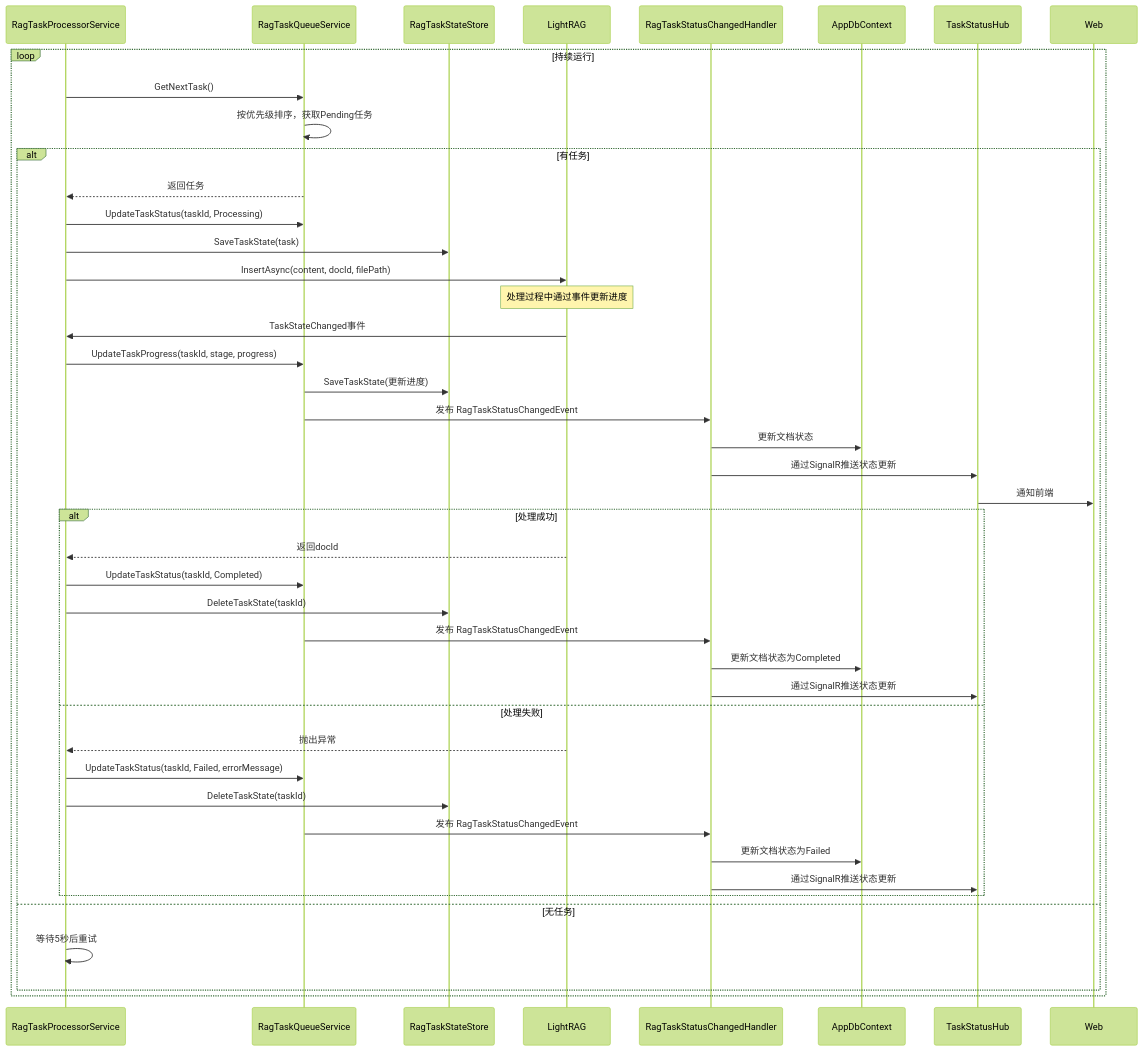
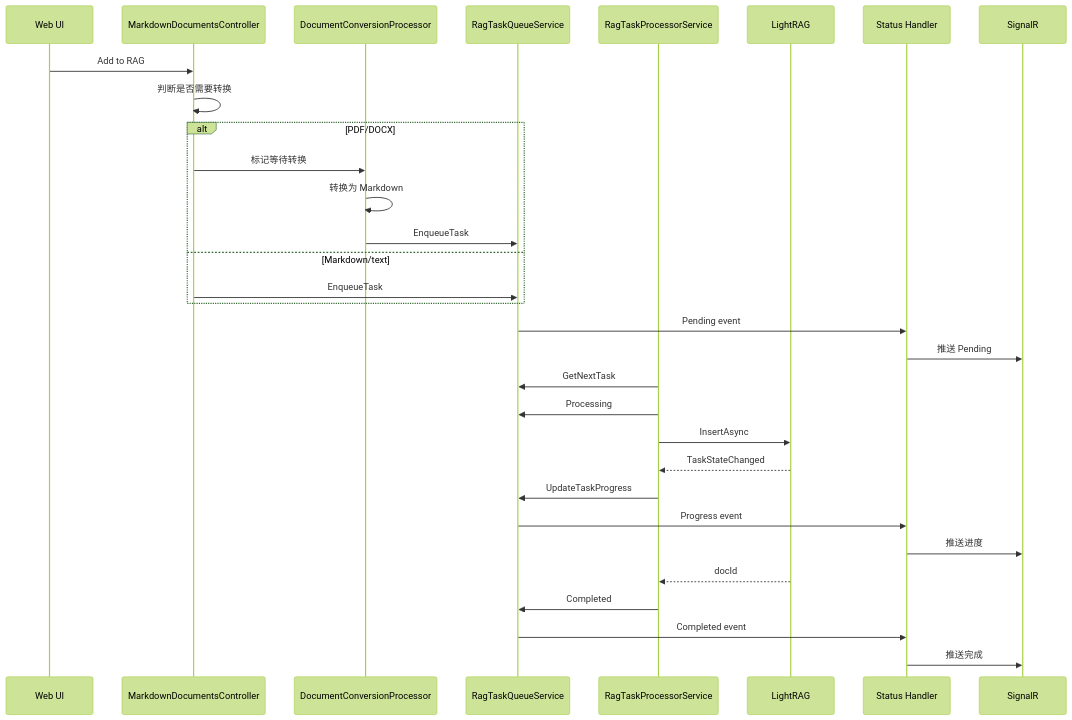
The second of 2 diagrams in RAG-Task-Queue-Processing-Solution.CN.md (doomclouds/LightRAGNet), drawn with Mermaid (forest theme) before and after one commit. The commit also changed other lines of this file and 12 other files, not shown here.

````diff
--- a/RAG-Task-Queue-Processing-Solution.CN.md
+++ b/RAG-Task-Queue-Processing-Solution.CN.md
@@ -321,51 +148,34 @@
 ```mermaid
 sequenceDiagram
+    participant UI as Web UI
+    participant API as MarkdownDocumentsController
+    participant Conv as DocumentConversionProcessor
+    participant Queue as RagTaskQueueService
     participant Processor as RagTaskProcessorService
-    participant Queue as RagTaskQueueService
-    participant Store as RagTaskStateStore
-    participant RAG as LightRAG
-    participant Handler as RagTaskStatusChangedHandler
-    participant DB as AppDbContext
-    participant Hub as TaskStatusHub
-    
-    loop 持续运行
-        Processor->>Queue: GetNextTask()
-        Queue->>Queue: 按优先级排序，获取Pending任务
-        
-        alt 有任务
-            Queue-->>Processor: 返回任务
-            
-            Processor->>Queue: UpdateTaskStatus(taskId, Processing)
-            Processor->>Store: SaveTaskState(task)
-            
-            Processor->>RAG: InsertAsync(content, docId, filePath)
-            
-            Note over RAG: 处理过程中通过事件更新进度
-            RAG->>Processor: TaskStateChanged事件
-            Processor->>Queue: UpdateTaskProgress(taskId, stage, progress)
-            Queue->>Store: SaveTaskState(更新进度)
-            Queue->>Handler: 发布 RagTaskStatusChangedEvent
-            Handler->>DB: 更新文档状态
-            Handler->>Hub: 通过SignalR推送状态更新
-            Hub->>Web: 通知前端
-            
-            alt 处理成功
-                RAG-->>Processor: 返回docId
-                Processor->>Queue: UpdateTaskStatus(taskId, Completed)
-                Processor->>Store: DeleteTaskState(taskId)
-                Queue->>Handler: 发布 RagTaskStatusChangedEvent
-                Handler->>DB: 更新文档状态为Completed
-                Handler->>Hub: 通过SignalR推送状态更新
-            else 处理失败
-                RAG-->>Processor: 抛出异常
-                Processor->>Queue: UpdateTaskStatus(taskId, Failed, errorMessage)
-                Processor->>Store: DeleteTaskState(taskId)
-                Queue->>Handler: 发布 RagTaskStatusChangedEvent
-                Handler->>DB: 更新文档状态为Failed
-                Handler->>Hub: 通过SignalR推送状态更新
-            end
-        else 无任务
-            Processor->>Processor: 等待5秒后重试
-        end
+    participant Rag as LightRAG
+    participant Handler as Status Handler
+    participant Hub as SignalR
+
+    UI->>API: Add to RAG
+    API->>API: 判断是否需要转换
+    alt PDF/DOCX
+        API->>Conv: 标记等待转换
+        Conv->>Conv: 转换为 Markdown
+        Conv->>Queue: EnqueueTask
+    else Markdown/text
+        API->>Queue: EnqueueTask
     end
+    Queue->>Handler: Pending event
+    Handler->>Hub: 推送 Pending
+    Processor->>Queue: GetNextTask
+    Processor->>Queue: Processing
+    Processor->>Rag: InsertAsync
+    Rag-->>Processor: TaskStateChanged
+    Processor->>Queue: UpdateTaskProgress
+    Queue->>Handler: Progress event
+    Handler->>Hub: 推送进度
+    Rag-->>Processor: docId
+    Processor->>Queue: Completed
+    Queue->>Handler: Completed event
+    Handler->>Hub: 推送完成
 ```
````
